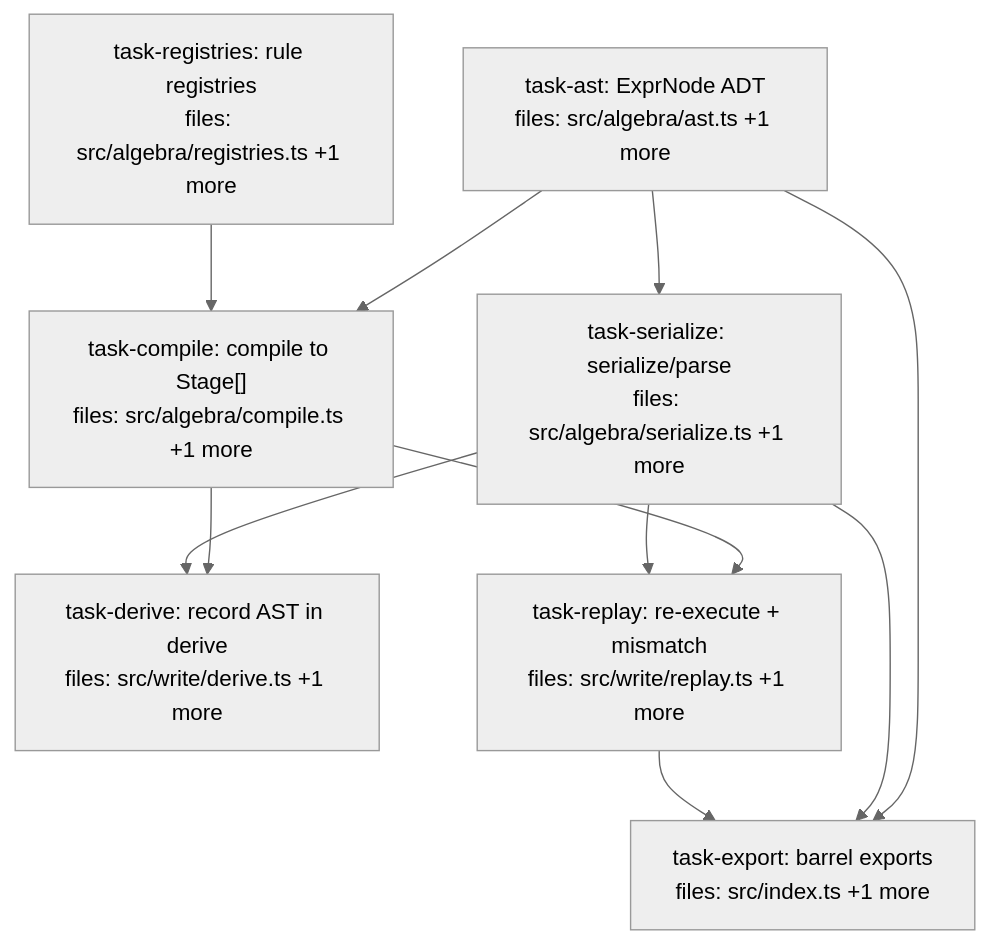
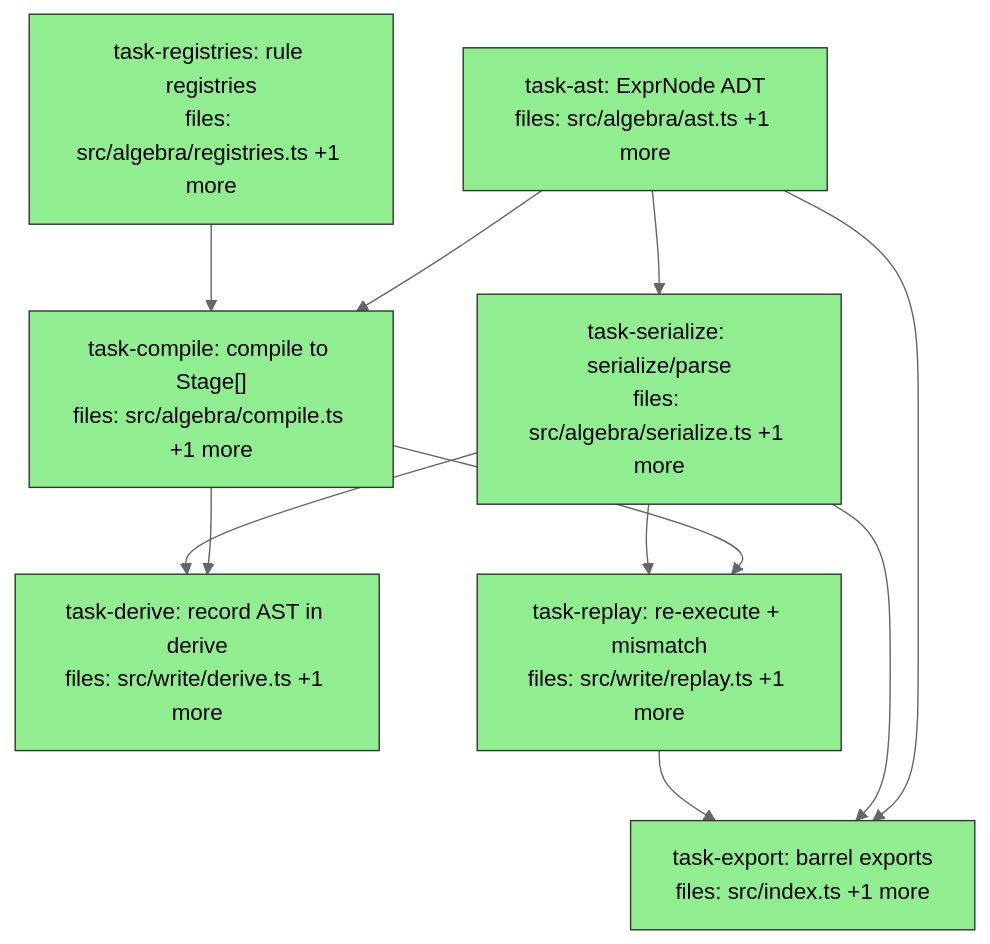
The diagram in docs/superpowers/plans/2026-05-28-replay-reexecution-dag.md (BrettNye/Mneme), drawn with Mermaid (neutral theme) before and after one commit. The commit also changed other lines of this file, not shown here.

First line of the commit message:
docs(replay): mark DAG plan complete (7/7 done)

````diff
--- a/docs/superpowers/plans/2026-05-28-replay-reexecution-dag.md
+++ b/docs/superpowers/plans/2026-05-28-replay-reexecution-dag.md
@@ -6,27 +6,27 @@
 ```mermaid
 flowchart TD
-    task-ast["task-ast: ExprNode ADT<br/>files: src/algebra/ast.ts +1 more"]
-    task-registries["task-registries: rule registries<br/>files: src/algebra/registries.ts +1 more"]
-    task-serialize["task-serialize: serialize/parse<br/>files: src/algebra/serialize.ts +1 more"]
-    task-compile["task-compile: compile to Stage[]<br/>files: src/algebra/compile.ts +1 more"]
-    task-derive["task-derive: record AST in derive<br/>files: src/write/derive.ts +1 more"]
-    task-replay["task-replay: re-execute + mismatch<br/>files: src/write/replay.ts +1 more"]
-    task-export["task-export: barrel exports<br/>files: src/index.ts +1 more"]
+    task-ast["task-ast: ExprNode ADT<br/>files: src/algebra/ast.ts +1 more"]:::done
+    task-registries["task-registries: rule registries<br/>files: src/algebra/registries.ts +1 more"]:::done
+    task-serialize["task-serialize: serialize/parse<br/>files: src/algebra/serialize.ts +1 more"]:::done
+    task-compile["task-compile: compile to Stage[]<br/>files: src/algebra/compile.ts +1 more"]:::done
+    task-derive["task-derive: record AST in derive<br/>files: src/write/derive.ts +1 more"]:::done
+    task-replay["task-replay: re-execute + mismatch<br/>files: src/write/replay.ts +1 more"]:::done
+    task-export["task-export: barrel exports<br/>files: src/index.ts +1 more"]:::done
 
     task-ast --> task-serialize
     task-ast --> task-compile
     task-registries --> task-compile
     task-compile --> task-derive
     task-serialize --> task-derive
     task-compile --> task-replay
     task-serialize --> task-replay
     task-ast --> task-export
     task-serialize --> task-export
     task-replay --> task-export
 
     classDef done fill:#90ee90,stroke:#333
     classDef ready fill:#fffacd,stroke:#333
     classDef running fill:#87ceeb,stroke:#333
     classDef failed fill:#ffb6c1,stroke:#333
     classDef skipped fill:#d3d3d3,stroke:#333,stroke-dasharray: 5 5
 ```
````
